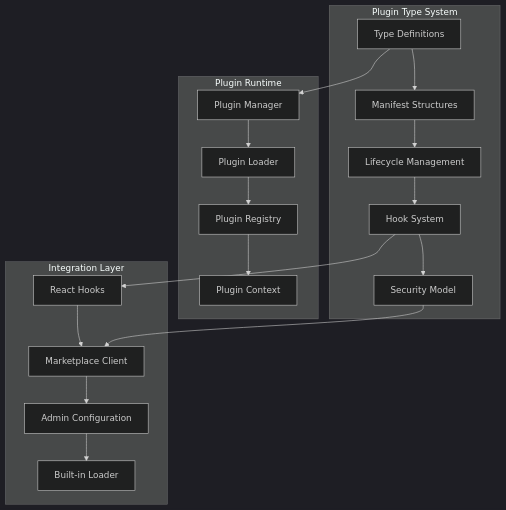
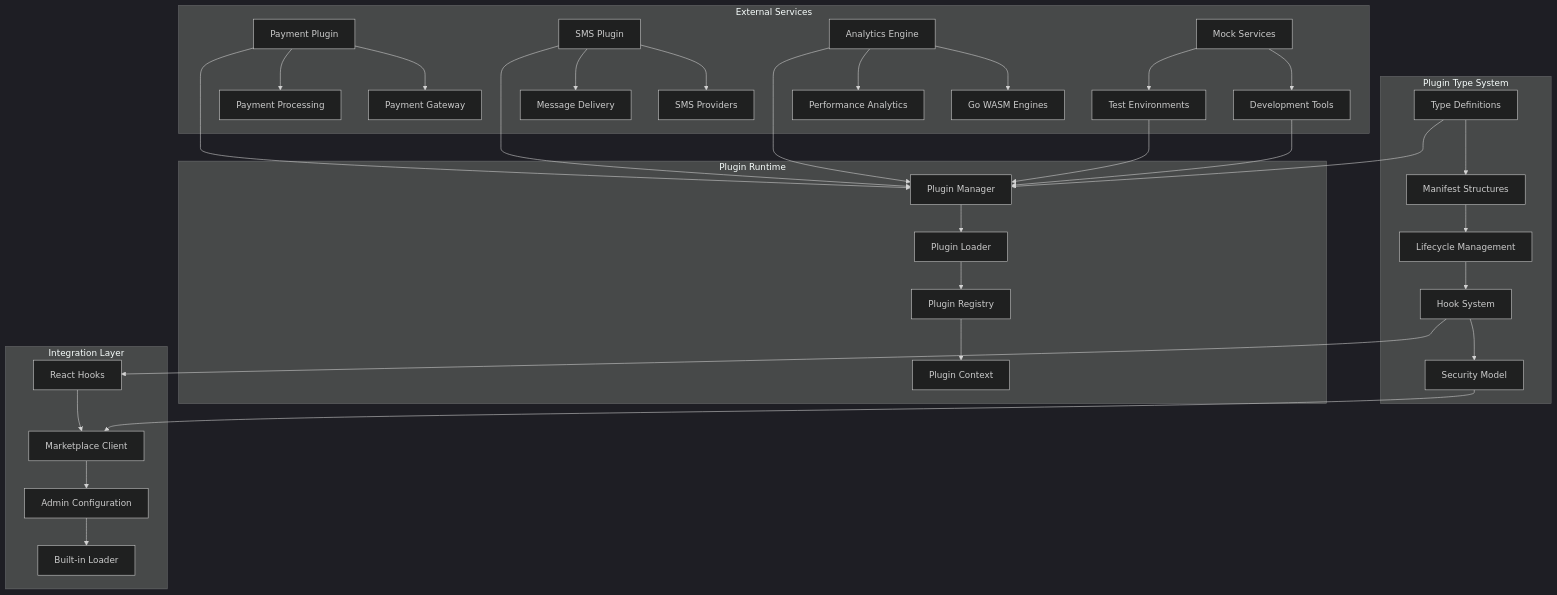
Before and after one commit to geniusdynamics/schoolpilot: the seventh of 7 diagrams in .qoder/repowiki/en/content/Plugin Types Definitions.md, drawn with Mermaid (dark theme). The commit also changed other lines of this file and 760 other files, not shown here.

````diff
--- a/.qoder/repowiki/en/content/Plugin Types Definitions.md
+++ b/.qoder/repowiki/en/content/Plugin Types Definitions.md
@@ -547,22 +676,37 @@
 ```mermaid
 graph TB
 subgraph "Plugin Type System"
 A[Type Definitions] --> B[Manifest Structures]
 B --> C[Lifecycle Management]
 C --> D[Hook System]
 D --> E[Security Model]
 end
 subgraph "Plugin Runtime"
 F[Plugin Manager] --> G[Plugin Loader]
 G --> H[Plugin Registry]
 H --> I[Plugin Context]
 end
 subgraph "Integration Layer"
 J[React Hooks] --> K[Marketplace Client]
 K --> L[Admin Configuration]
 L --> M[Built-in Loader]
 end
+subgraph "External Services"
+N[Payment Plugin] --> O[Payment Gateway]
+N --> P[Payment Processing]
+Q[SMS Plugin] --> R[SMS Providers]
+Q --> S[Message Delivery]
+T[Analytics Engine] --> U[Go WASM Engines]
+T --> V[Performance Analytics]
+W[Mock Services] --> X[Development Tools]
+W --> Y[Test Environments]
+end
 A --> F
 D --> J
 E --> K
+N --> F
+Q --> F
+T --> F
+X --> F
+Y --> F
 ```
````
